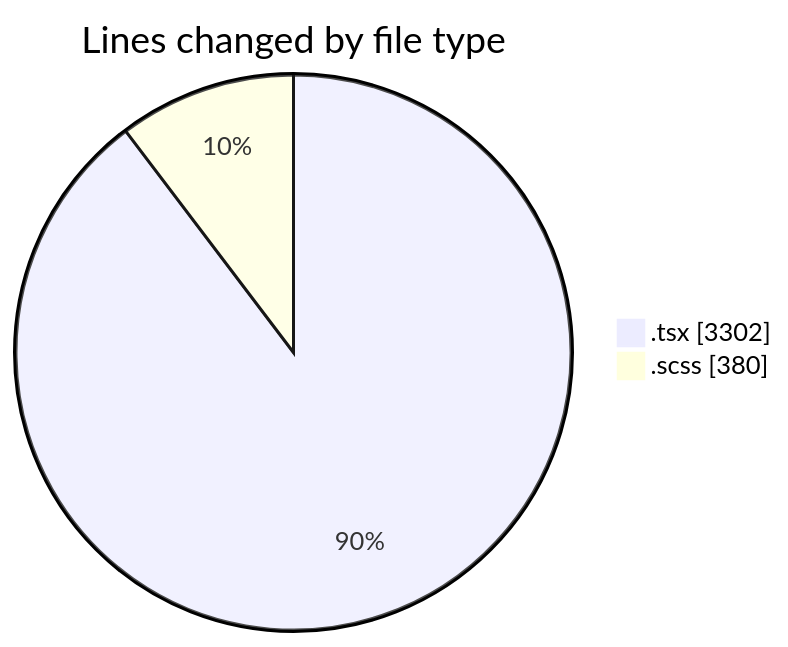
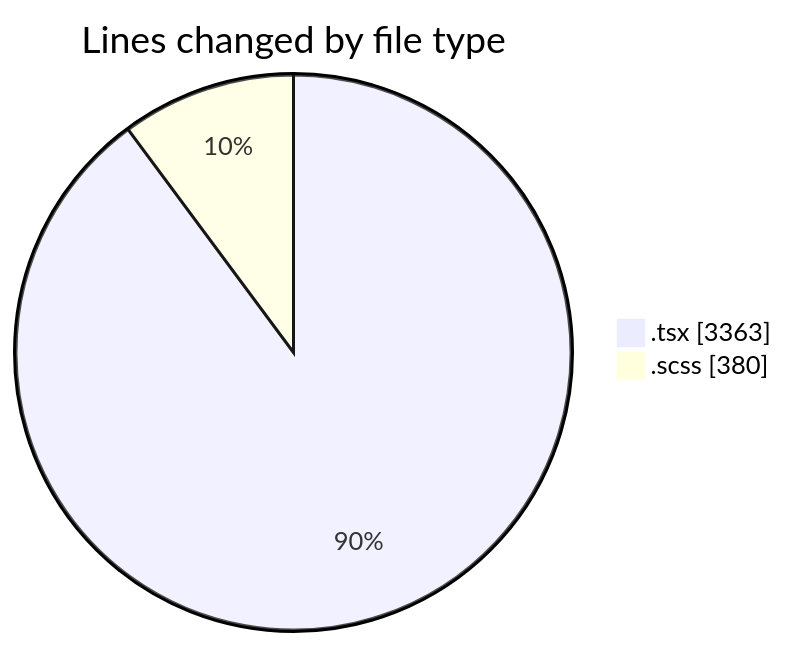
One commit to momahboobian/code-tracking changed the first of 2 diagrams in 2025-09-30/cda/README.md. Above: the diagram before and after it, drawn with Mermaid. The commit also changed other lines of this file and 1 other file, not shown here.

````diff
--- a/2025-09-30/cda/README.md
+++ b/2025-09-30/cda/README.md
@@ -24,6 +25,6 @@
 ```mermaid
 pie showData
 title Lines changed by file type
-".tsx" : 3302
+".tsx" : 3363
 ".scss" : 380
 ```
````
